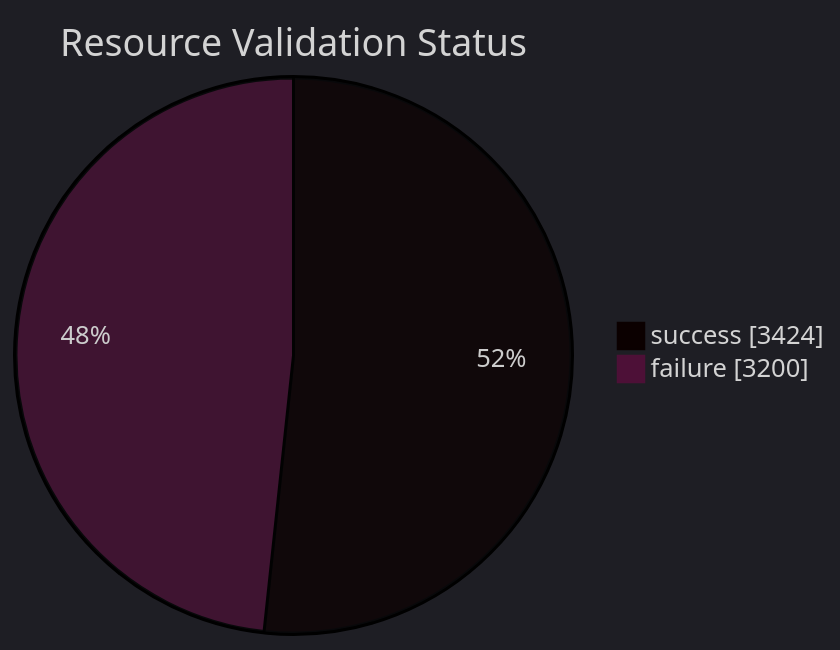
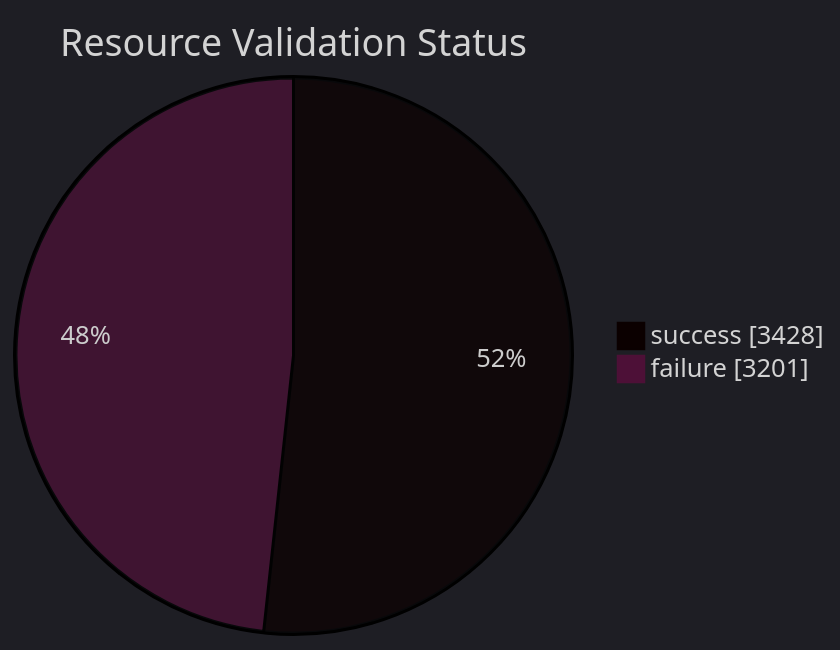
The diagram in datastore_tracker/resource_validation_status_pie_chart.md (open-data/analytics-corporate-reporting), drawn with Mermaid before and after one commit. The commit also changed 9 other files, not shown here.

````diff
--- a/datastore_tracker/resource_validation_status_pie_chart.md
+++ b/datastore_tracker/resource_validation_status_pie_chart.md
@@ -2,9 +2,9 @@
 ```mermaid
 ---
 config:
   theme: dark
 ---
 pie showData title Resource Validation Status
-    "success": 3424
-    "failure": 3200
+    "success": 3428
+    "failure": 3201
 ```
````
